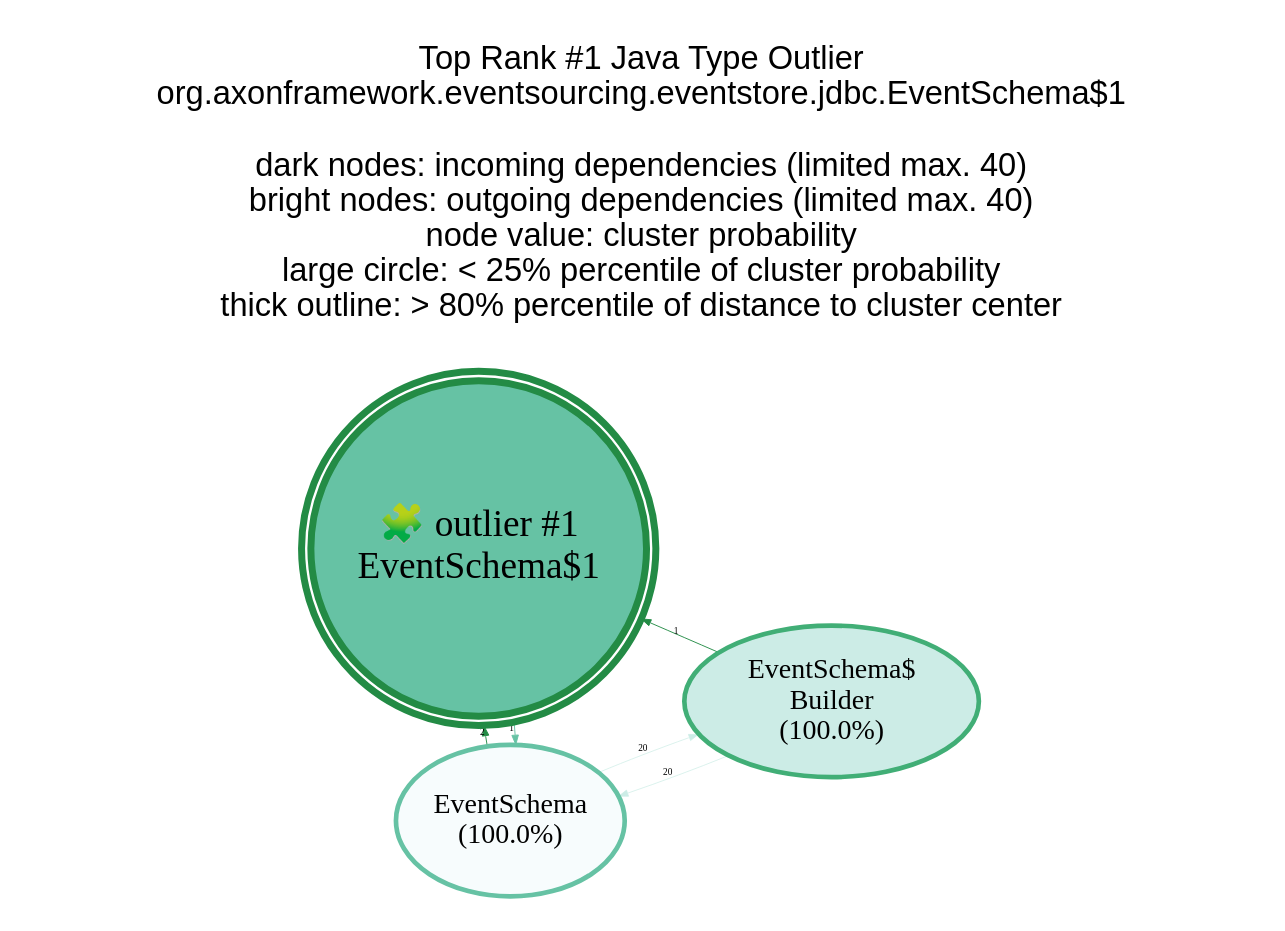
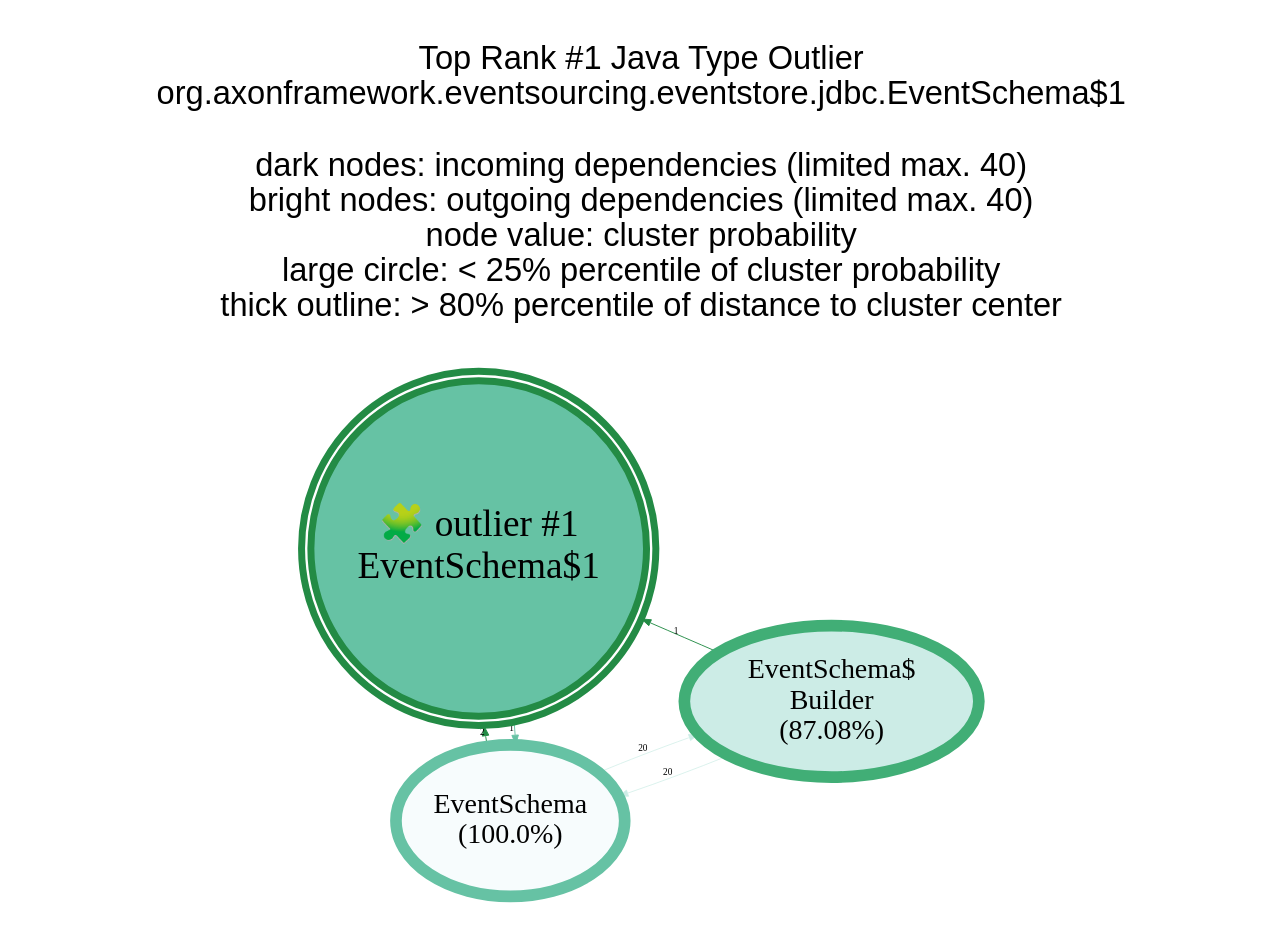
One commit to JohT/code-graph-analysis-examples changed the diagram in analysis-results/AxonFramework/latest/anomaly-detection/Java_Type/GraphVisualizations/graphviz/TopOutlier1.gv. Above: the diagram before and after it, drawn with Graphviz. The commit also changed 805 other files, not shown here.

```diff
--- a/analysis-results/AxonFramework/latest/anomaly-detection/Java_Type/GraphVisualizations/graphviz/TopOutlier1.gv
+++ b/analysis-results/AxonFramework/latest/anomaly-detection/Java_Type/GraphVisualizations/graphviz/TopOutlier1.gv
@@ -1,22 +1,22 @@
 // This GraphViz dot file was generated by the script convertQueryResultCsvToGraphVizDotFile.sh with TopCentral.template
 
 strict digraph TopOutlier1 {
     graph [layout = "fdp"; start = "7"; splines = "spline"; pad = "0.8,0.1"; outputorder = "edgesfirst";];
     graph [fontname = "Helvetica,Arial,sans-serif"; labelloc = "t";];
     node [colorscheme = "bugn9"; color = 6; fillcolor = 3;];
     edge [colorscheme = "bugn9"; color = 7;];
     node [fontsize = 12; style = "filled"; margin = "0.03,0.03"; width="1.3"; height="0.9";];
     edge [fontsize = 4; arrowsize = "0.4";];
 
     central [shape = "doublecircle"; height = "2.0"; margin = "0.000001,0.000001";];
     central [fontsize = 16;];
     central [color = 7; fillcolor = 5; penwidth = 3;];
 
 	graph   [label="Top Rank #1 Java Type Outlier\norg.axonframework.eventsourcing.eventstore.jdbc.EventSchema$1\n\ndark nodes: incoming dependencies (limited max. 40)\nbright nodes: outgoing dependencies (limited max. 40)\nnode value: cluster probability\nlarge circle: < 25% percentile of cluster probability\nthick outline: > 80% percentile of distance to cluster center\n\n"];
 	central [label="🧩 outlier #1\nEventSchema$1"];
-	"EventSchema_21871"  [label = "EventSchema\n(100.0%)"; penwidth = 2; ]; "EventSchema_21871" -> central [label=2; weight=2; penwidth=0.4];
-	"EventSchema$Builder_21873"  [label = "EventSchema$\nBuilder\n(100.0%)"; penwidth = 2; ]; "EventSchema$Builder_21873" -> central [label=1; weight=1; penwidth=0.4];
-	"EventSchema_21871"  [label = "EventSchema\n(100.0%)"; penwidth = 2; color = 5; fillcolor = 1; ]; central -> "EventSchema_21871" [label=1; weight=1; penwidth=0.4; color = 5];
-	"EventSchema_21871" -> "EventSchema$Builder_21873" [label=20; weight=20; penwidth=0.3; color = 3]
-	"EventSchema$Builder_21873" -> "EventSchema_21871" [label=20; weight=20; penwidth=0.3; color = 3]
+	"EventSchema_21964"  [label = "EventSchema\n(100.0%)"; penwidth = 5; ]; "EventSchema_21964" -> central [label=2; weight=2; penwidth=0.4];
+	"EventSchema$Builder_21966"  [label = "EventSchema$\nBuilder\n(87.08%)"; penwidth = 5; ]; "EventSchema$Builder_21966" -> central [label=1; weight=1; penwidth=0.4];
+	"EventSchema_21964"  [label = "EventSchema\n(100.0%)"; penwidth = 5; color = 5; fillcolor = 1; ]; central -> "EventSchema_21964" [label=1; weight=1; penwidth=0.4; color = 5];
+	"EventSchema_21964" -> "EventSchema$Builder_21966" [label=20; weight=20; penwidth=0.3; color = 3]
+	"EventSchema$Builder_21966" -> "EventSchema_21964" [label=20; weight=20; penwidth=0.3; color = 3]
 }
```
